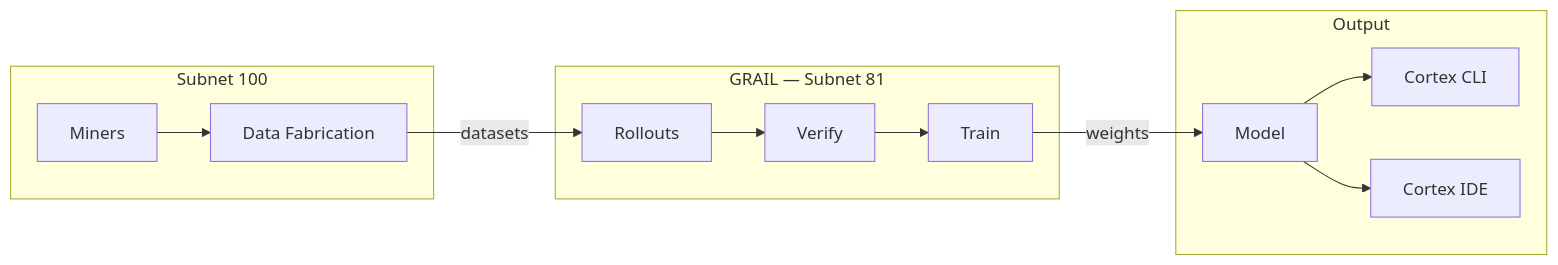
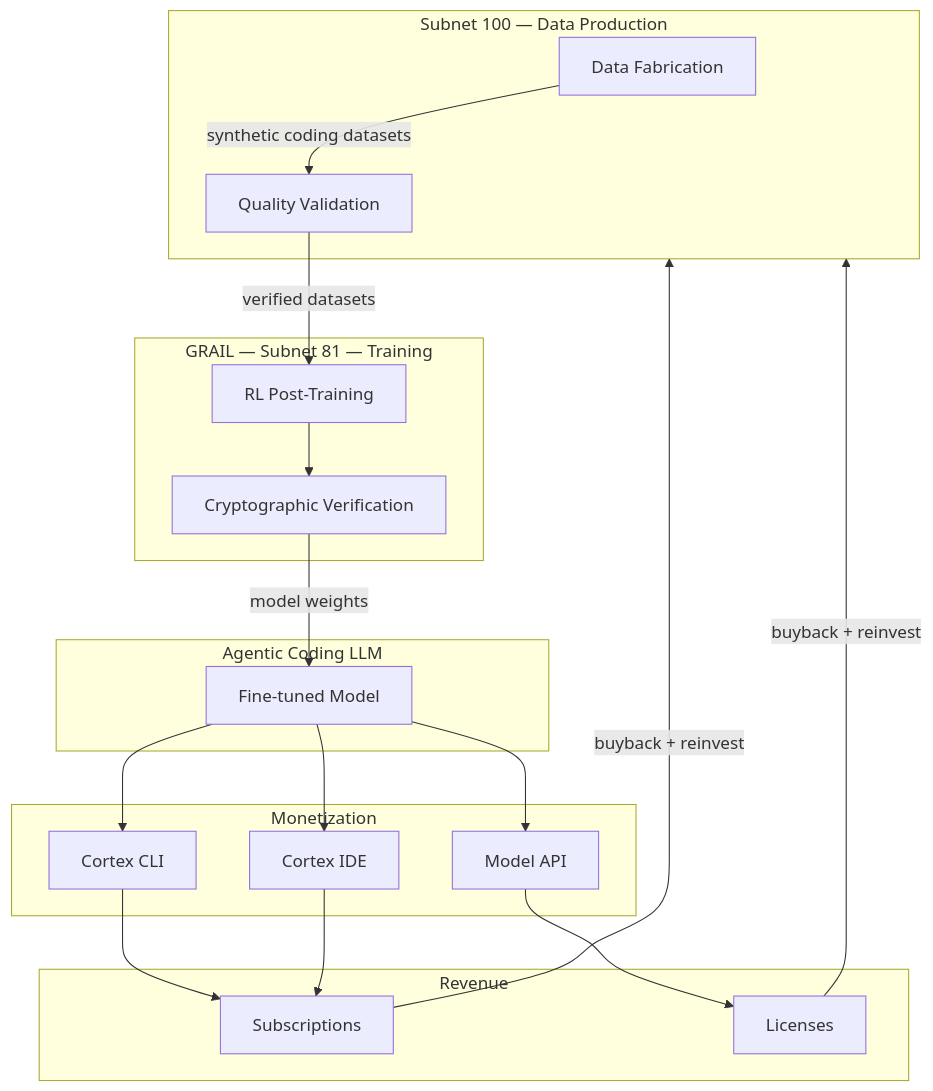
One commit to PlatformNetwork/roadmap changed diagram 12 of 14 in README.md. Above: the diagram before and after it, drawn with Mermaid. The commit also changed other lines of this file, not shown here.

Commit message:
feat: add agentic coding LLM model section with training-to-monetization pipeline

````diff
--- a/README.md
+++ b/README.md
@@ -376,18 +378,36 @@
 ```mermaid
-flowchart LR
-    subgraph SN100["Subnet 100"]
-        Miners["Miners"] --> DFC["Data Fabrication"]
+flowchart TB
+    subgraph SN100["Subnet 100 — Data Production"]
+        DF["Data Fabrication"] -->|synthetic coding datasets| QA["Quality Validation"]
     end
 
-    subgraph SN81["GRAIL — Subnet 81"]
-        Rollout["Rollouts"] --> Verify["Verify"] --> Train["Train"]
+    subgraph SN81["GRAIL — Subnet 81 — Training"]
+        RL["RL Post-Training"] --> Verify["Cryptographic Verification"]
     end
 
-    subgraph Output["Output"]
-        Model["Model"] --> CLI["Cortex CLI"]
-        Model --> IDE["Cortex IDE"]
+    subgraph Model["Agentic Coding LLM"]
+        LLM["Fine-tuned Model"]
     end
 
-    DFC -->|datasets| Rollout
-    Train -->|weights| Model
+    subgraph Monetization["Monetization"]
+        CLI["Cortex CLI"]
+        IDE["Cortex IDE"]
+        API["Model API"]
+    end
+
+    subgraph Revenue["Revenue"]
+        Subs["Subscriptions"]
+        Licenses["Licenses"]
+    end
+
+    QA -->|verified datasets| RL
+    Verify -->|model weights| LLM
+    LLM --> CLI
+    LLM --> IDE
+    LLM --> API
+    CLI --> Subs
+    IDE --> Subs
+    API --> Licenses
+    Subs -->|buyback + reinvest| SN100
+    Licenses -->|buyback + reinvest| SN100
 ```
````
